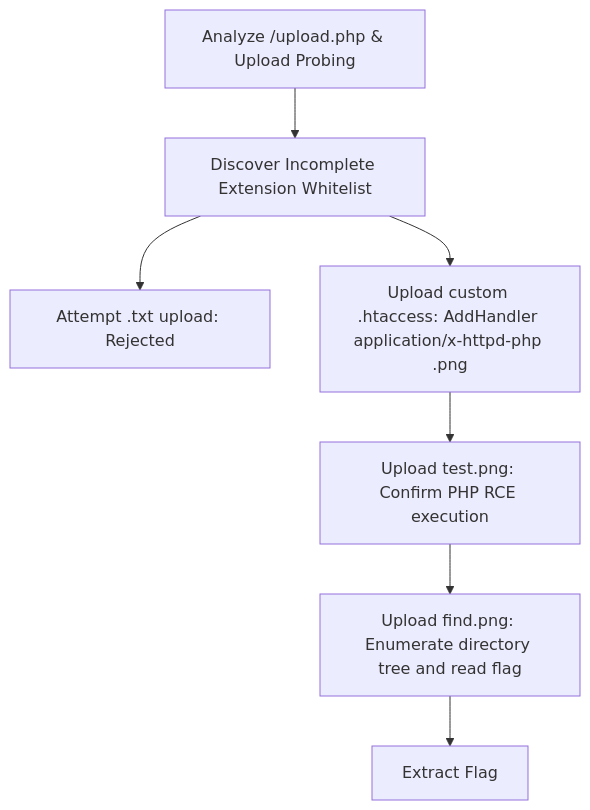
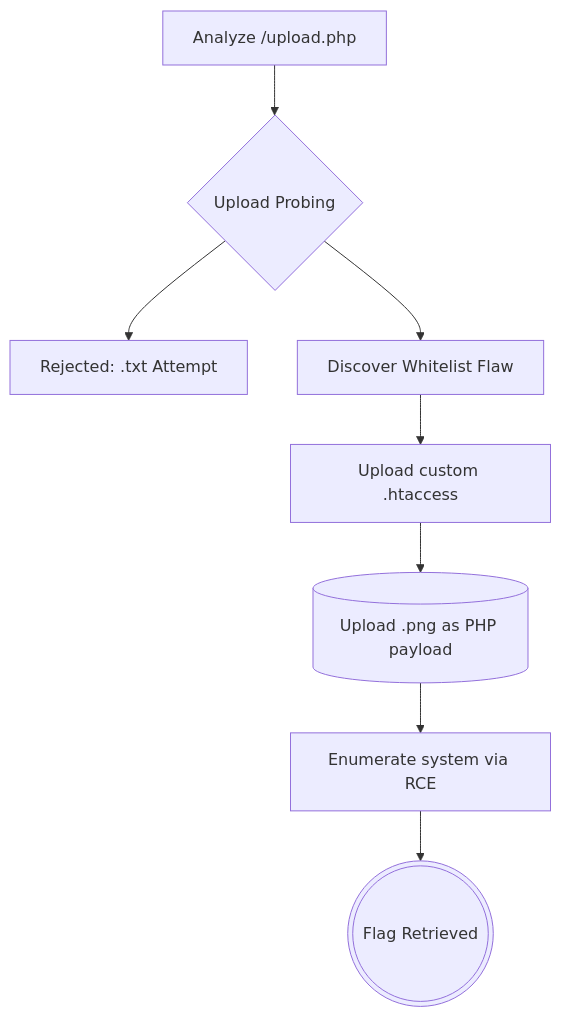
One commit to Rud1u5/Rud1u5.github.io changed the diagram in writeups/cl-byp4ss3d.md. Above: the diagram before and after it, drawn with Mermaid. The commit also changed 4 other files, not shown here.

Commit message:
docs: upgrade all writeup flowcharts to non-linear semantic graphs - Implement multi-branch Mermaid flowcharts across all active writeups. - Replace basic linear steps with parallel paths and decision nodes. - Use distinct semantic shapes for payloads, flags, and exploits.

````diff
--- a/writeups/cl-byp4ss3d.md
+++ b/writeups/cl-byp4ss3d.md
@@ -158,9 +158,13 @@
 ```mermaid
 graph TD
-    A[Analyze /upload.php & Upload Probing] --> B[Discover Incomplete Extension Whitelist]
-    B --> C[Attempt .txt upload: Rejected]
-    B --> D[Upload custom .htaccess: AddHandler application/x-httpd-php .png]
-    D --> E[Upload test.png: Confirm PHP RCE execution]
-    E --> F[Upload find.png: Enumerate directory tree and read flag]
-    F --> G[Extract Flag]
+    A[Analyze /upload.php] --> B{Upload Probing}
+    
+    B --> C[Rejected: .txt Attempt]
+    
+    B --> D[Discover Whitelist Flaw]
+    D --> E[Upload custom .htaccess]
+    E --> F[(Upload .png as PHP payload)]
+    
+    F --> G[Enumerate system via RCE]
+    G --> H(((Flag Retrieved)))
 ```
````
